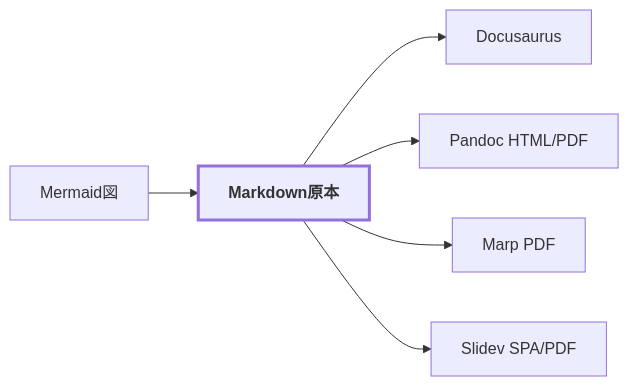
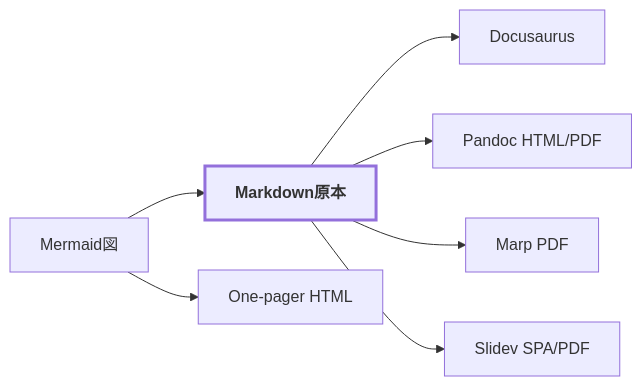
One commit to forsteri/docs-toolkit changed the diagram in docusaurus/docs/guide/index.md. Above: the diagram before and after it, drawn with Mermaid. The commit also changed other lines of this file and 16 other files, not shown here.

````diff
--- a/docusaurus/docs/guide/index.md
+++ b/docusaurus/docs/guide/index.md
@@ -10,11 +10,13 @@
 ```mermaid
 flowchart LR
   md[Markdown原本] --> site[Docusaurus]
   md --> single[Pandoc HTML/PDF]
   md --> marp[Marp PDF]
   md --> slidev[Slidev SPA/PDF]
+  html[One-pager HTML]
   mmd[Mermaid図] --> md
+  mmd --> html
 
   classDef emphasis stroke-width:3px,font-weight:700
   class md emphasis
 ```
````
